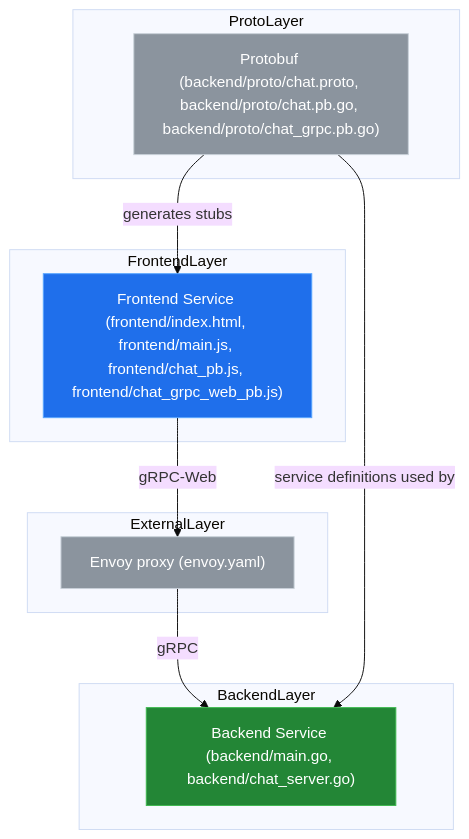
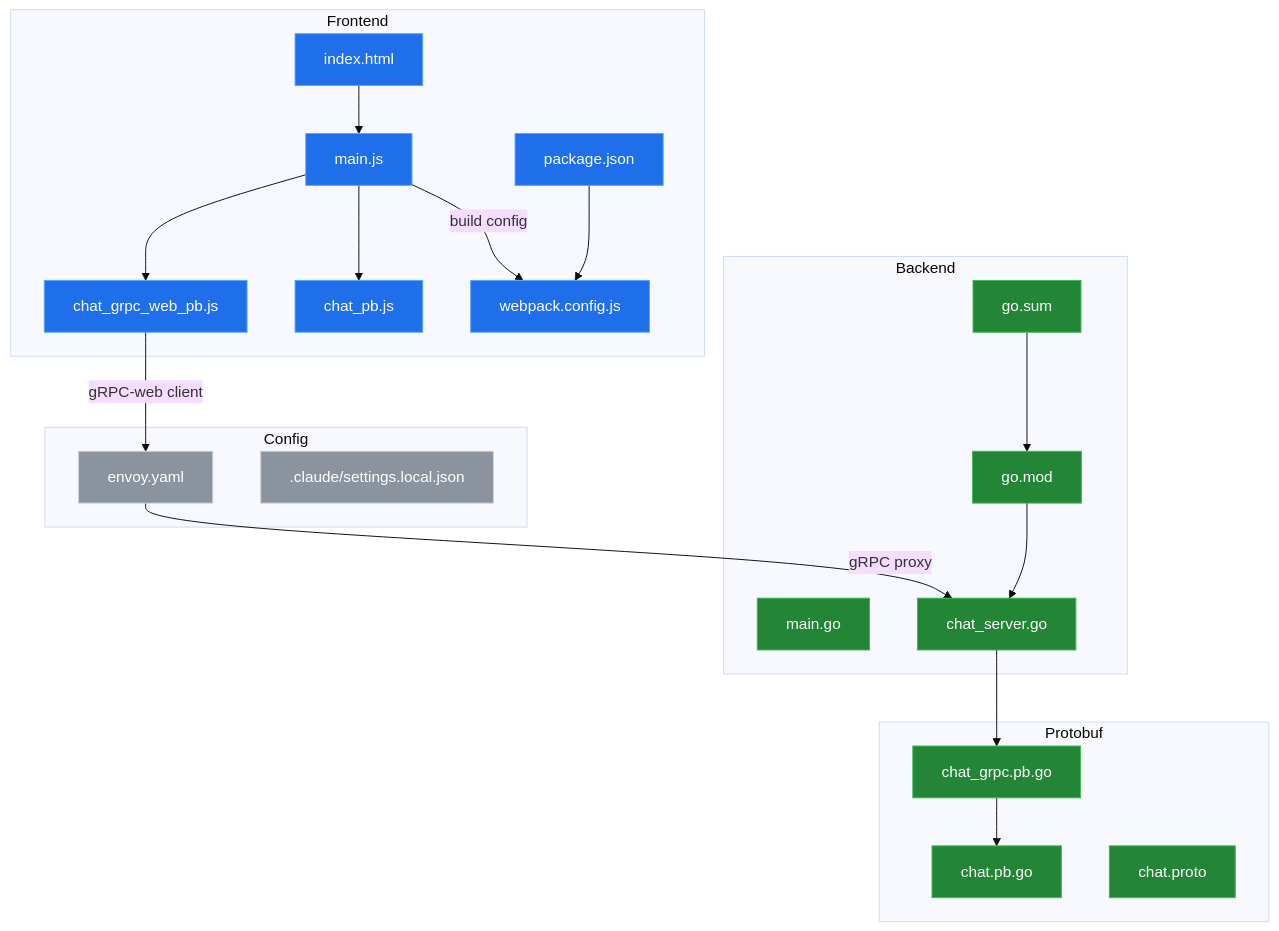
The first of 2 diagrams in README_ARCH.md (YusuffBulbul/Web-Programlama), drawn with Mermaid (base theme) before and after one commit. The commit also changed other lines of this file, not shown here.

Commit message:
docs: update system blueprint (2026-09-04)

````diff
--- a/README_ARCH.md
+++ b/README_ARCH.md
@@ -18,26 +18,58 @@
 ```mermaid
 flowchart TD
-subgraph FrontendLayer
-FE["Frontend Service (frontend/index.html, frontend/main.js, frontend/chat_pb.js, frontend/chat_grpc_web_pb.js)"]
+subgraph Frontend
+FE_INDEX["index.html"]
+FE_MAIN["main.js"]
+FE_PB1["chat_grpc_web_pb.js"]
+FE_PB2["chat_pb.js"]
+FE_PKG["package.json"]
+FE_WP["webpack.config.js"]
 end
-subgraph BackendLayer
-BE["Backend Service (backend/main.go, backend/chat_server.go)"]
+subgraph Backend
+BE_MAIN["main.go"]
+BE_CHAT["chat_server.go"]
+BE_GOMOD["go.mod"]
+BE_GOSUM["go.sum"]
 end
-subgraph ProtoLayer
-PR["Protobuf (backend/proto/chat.proto, backend/proto/chat.pb.go, backend/proto/chat_grpc.pb.go)"]
+subgraph Protobuf
+PROTO_PB["chat.pb.go"]
+PROTO_GRPC["chat_grpc.pb.go"]
+PROTO_PROTO["chat.proto"]
 end
-subgraph ExternalLayer
-ENVOY["Envoy proxy (envoy.yaml)"]
+subgraph Config
+ENVOY["envoy.yaml"]
+CLAUDE[".claude/settings.local.json"]
 end
 
-FE -->|"gRPC-Web" | ENVOY
-ENVOY -->|"gRPC" | BE
-PR -->|"generates stubs" | FE
-PR -->|"service definitions used by" | BE
+FE_INDEX --> FE_MAIN
+FE_MAIN --> FE_PB1
+FE_MAIN --> FE_PB2
+FE_MAIN -->|"build config"| FE_WP
+FE_PKG --> FE_WP
 
-style FE fill:#1f6feb,stroke:#58a6ff,color:#fff
-style BE fill:#238636,stroke:#3fb950,color:#fff
+FE_PB1 -->|"gRPC-web client" | ENVOY
+ENVOY -->|"gRPC proxy"| BE_CHAT
+BE_CHAT --> PROTO_GRPC
+PROTO_GRPC --> PROTO_PB
+BE_GOMOD --> BE_CHAT
+BE_GOSUM --> BE_GOMOD
+
+style FE_INDEX fill:#1f6feb,stroke:#58a6ff,color:#fff
+style FE_MAIN fill:#1f6feb,stroke:#58a6ff,color:#fff
+style FE_PB1 fill:#1f6feb,stroke:#58a6ff,color:#fff
+style FE_PB2 fill:#1f6feb,stroke:#58a6ff,color:#fff
+style FE_PKG fill:#1f6feb,stroke:#58a6ff,color:#fff
+style FE_WP fill:#1f6feb,stroke:#58a6ff,color:#fff
+
+style BE_MAIN fill:#238636,stroke:#3fb950,color:#fff
+style BE_CHAT fill:#238636,stroke:#3fb950,color:#fff
+style BE_GOMOD fill:#238636,stroke:#3fb950,color:#fff
+style BE_GOSUM fill:#238636,stroke:#3fb950,color:#fff
+style PROTO_PB fill:#238636,stroke:#3fb950,color:#fff
+style PROTO_GRPC fill:#238636,stroke:#3fb950,color:#fff
+style PROTO_PROTO fill:#238636,stroke:#3fb950,color:#fff
+
 style ENVOY fill:#8b949e,stroke:#c9d1d9,color:#fff
-style PR fill:#8b949e,stroke:#c9d1d9,color:#fff
+style CLAUDE fill:#8b949e,stroke:#c9d1d9,color:#fff
 
 ```
````
